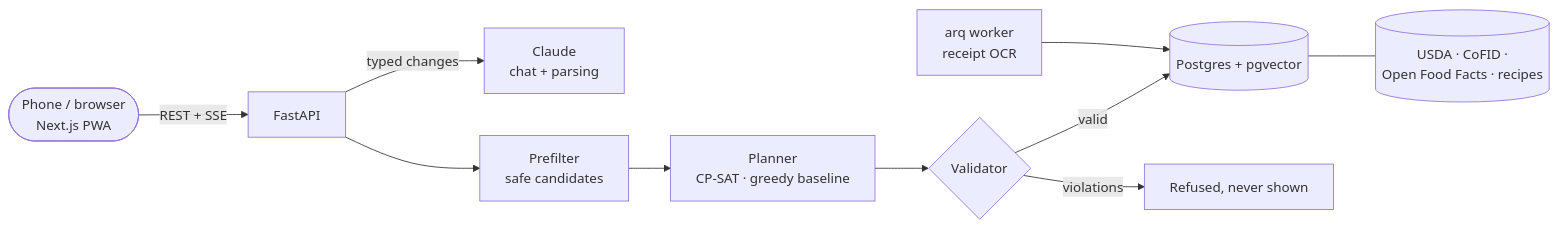
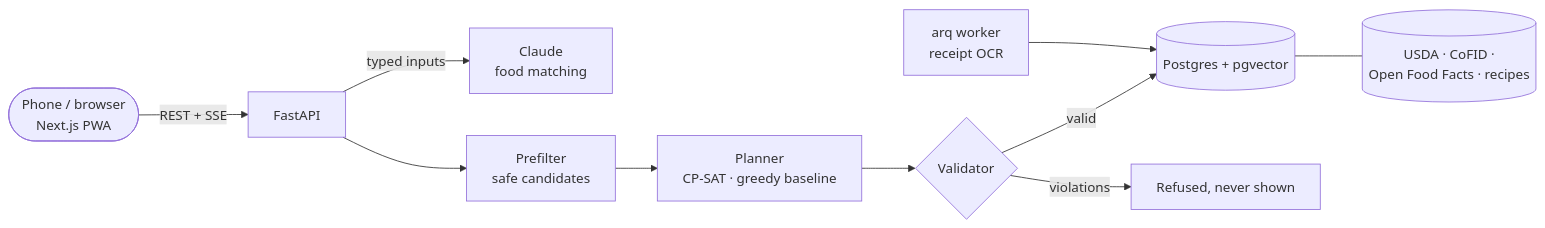
One commit to edanbro/Dietbro changed the diagram in README.md. Above: the diagram before and after it, drawn with Mermaid. The commit also changed other lines of this file and 186 other files, not shown here.

````diff
--- a/README.md
+++ b/README.md
@@ -31,12 +32,12 @@
 ```mermaid
 flowchart LR
     U([Phone / browser<br/>Next.js PWA]) -->|REST + SSE| API[FastAPI]
-    API -->|typed changes| LLM[Claude<br/>chat + parsing]
+    API -->|typed inputs| LLM[Claude<br/>food matching]
     API --> PF[Prefilter<br/>safe candidates]
     PF --> S[Planner<br/>CP-SAT · greedy baseline]
     S --> V{Validator}
     V -->|valid| DB[(Postgres + pgvector)]
     V -->|violations| X[Refused, never shown]
     W[arq worker<br/>receipt OCR] --> DB
     DB --- D[(USDA · CoFID ·<br/>Open Food Facts · recipes)]
 ```
````
